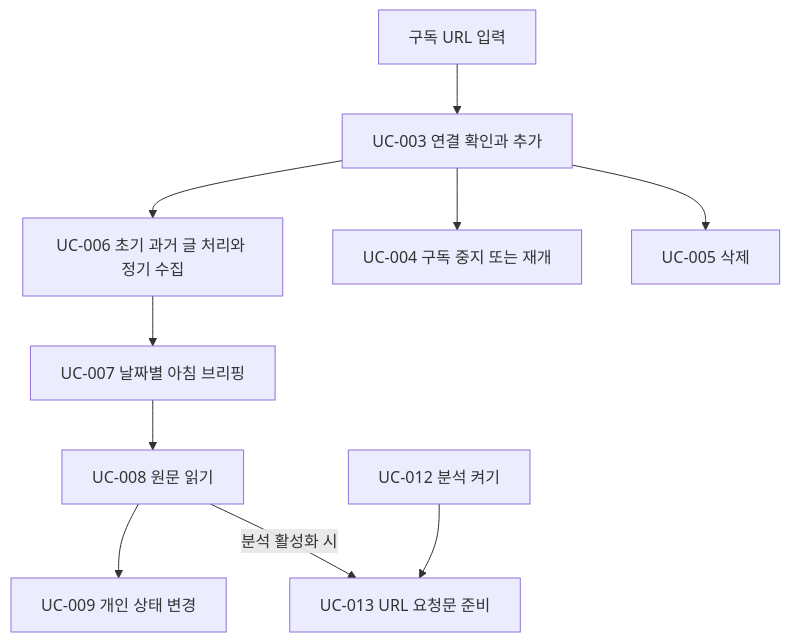
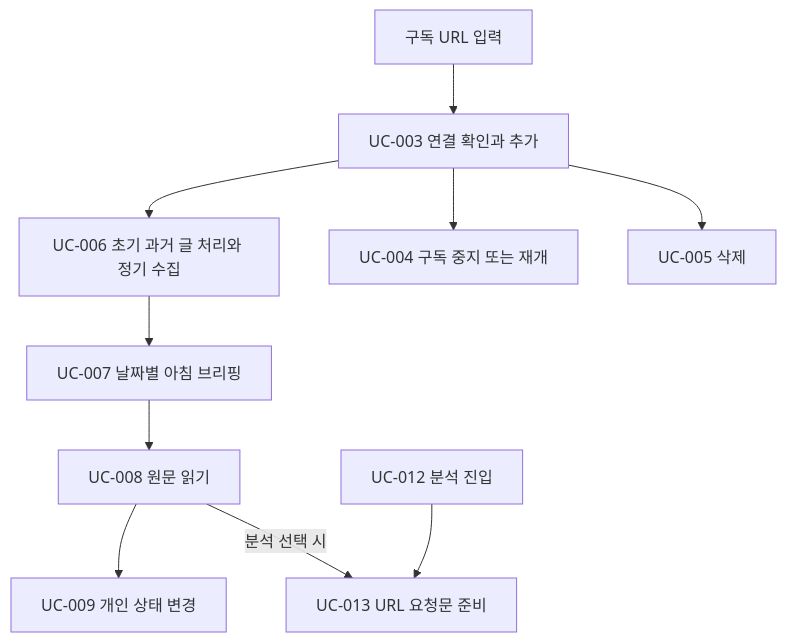
One commit to miji0/levelup-vibe changed the second of 2 diagrams in waterfall/01-요구사항분석/유스케이스명세서.md. Above: the diagram before and after it, drawn with Mermaid. The commit also changed other lines of this file and 22 other files, not shown here.

````diff
--- a/waterfall/01-요구사항분석/유스케이스명세서.md
+++ b/waterfall/01-요구사항분석/유스케이스명세서.md
@@ -62,12 +69,12 @@
 ```mermaid
 flowchart TD
     A["구독 URL 입력"] --> B["UC-003 연결 확인과 추가"]
     B --> C["UC-006 초기 과거 글 처리와 정기 수집"]
     C --> D["UC-007 날짜별 아침 브리핑"]
     D --> E["UC-008 원문 읽기"]
     E --> F["UC-009 개인 상태 변경"]
     B --> G["UC-004 구독 중지 또는 재개"]
     B --> H["UC-005 삭제"]
-    I["UC-012 분석 켜기"] --> J["UC-013 URL 요청문 준비"]
-    E -->|"분석 활성화 시"| J
+    I["UC-012 분석 진입"] --> J["UC-013 URL 요청문 준비"]
+    E -->|"분석 선택 시"| J
 ```
````
